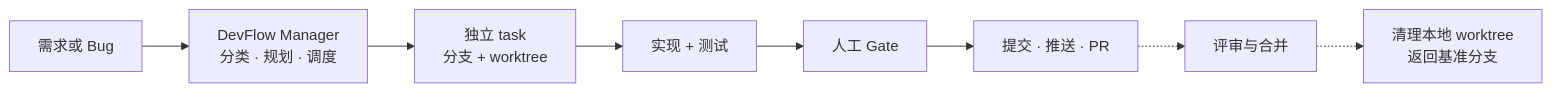
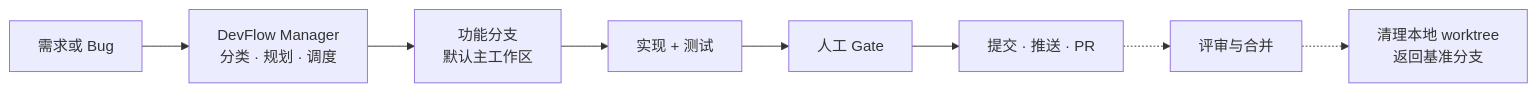
The diagram in README.zh-CN.md (starme/devflow), drawn with Mermaid before and after one commit. The commit also changed other lines of this file and 13 other files, not shown here.

````diff
--- a/README.zh-CN.md
+++ b/README.zh-CN.md
@@ -11,10 +11,10 @@
 ```mermaid
 flowchart LR
     A["需求或 Bug"] --> M["DevFlow Manager<br/>分类 · 规划 · 调度"]
-    M --> W["独立 task<br/>分支 + worktree"]
+    M --> W["功能分支<br/>默认主工作区"]
     W --> T["实现 + 测试"]
     T --> H["人工 Gate"]
     H --> P["提交 · 推送 · PR"]
     P -.-> R["评审与合并"]
     R -.-> C["清理本地 worktree<br/>返回基准分支"]
 ```
````
